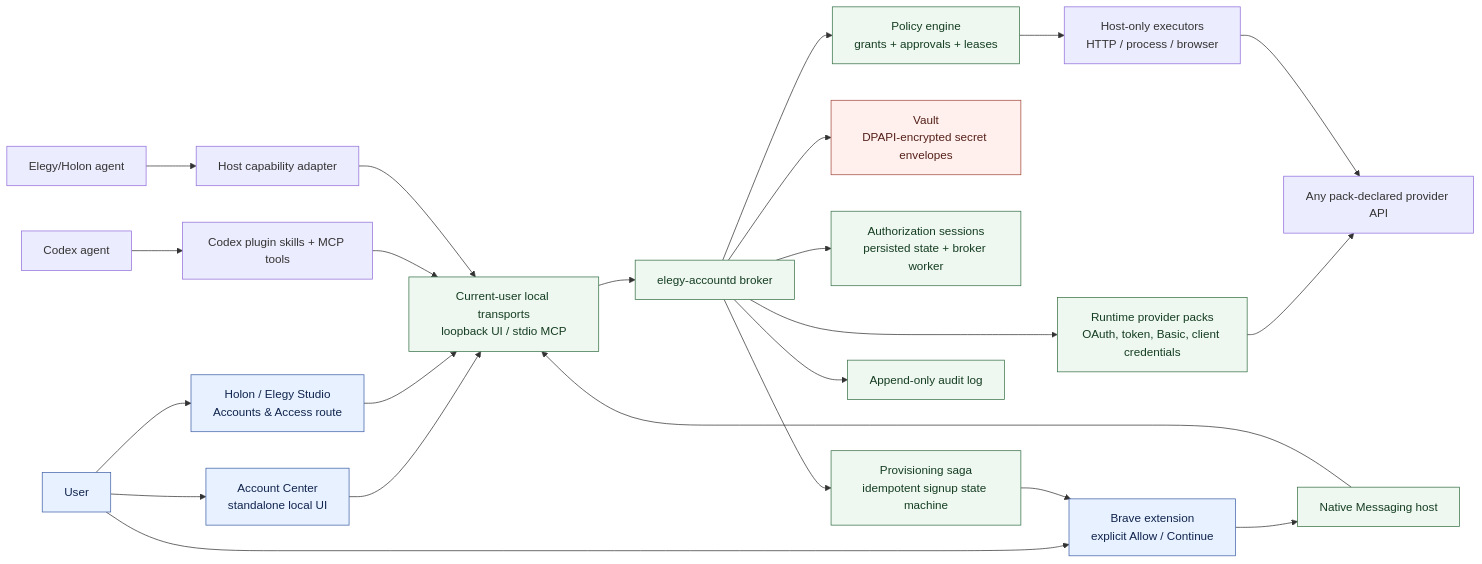
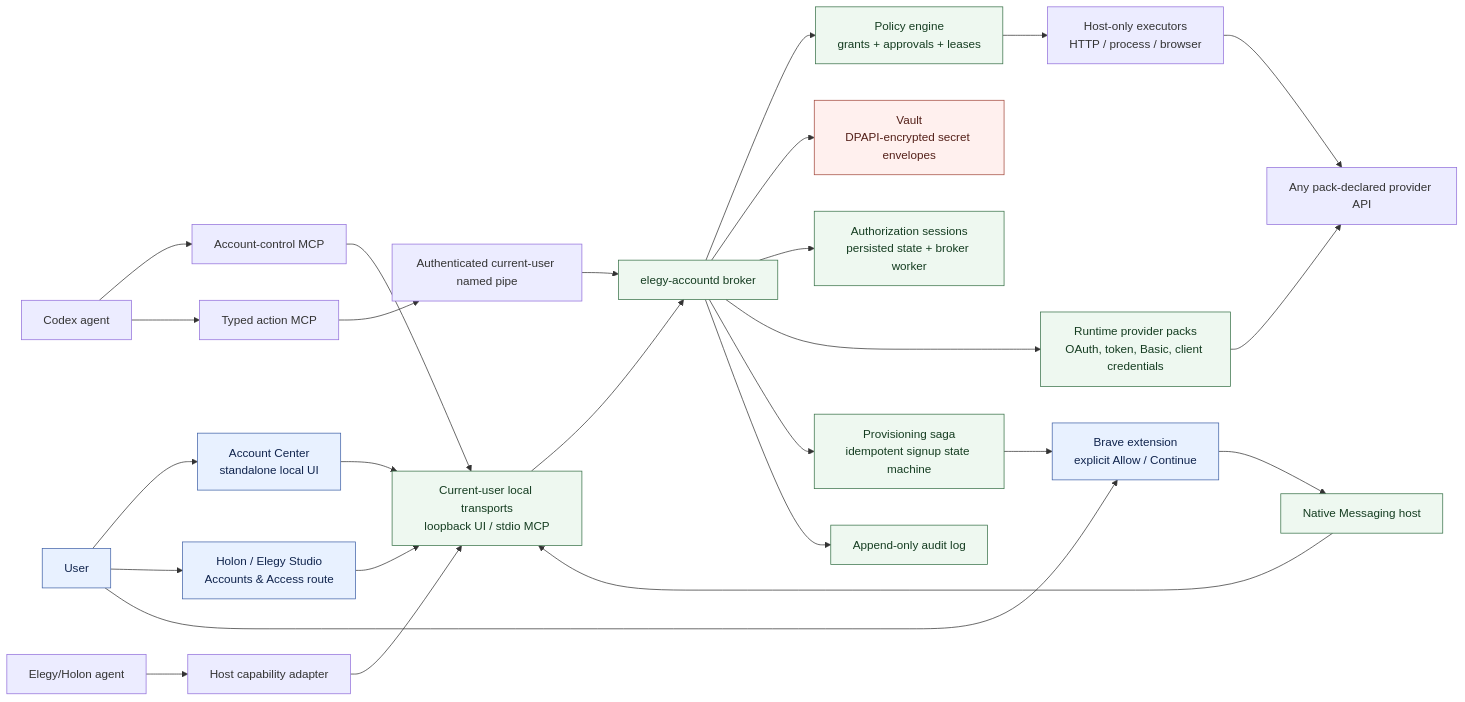
Before and after one commit to Sofreshx/Elegy: the first of 3 diagrams in plugins/accounts/docs/architecture.md, drawn with Mermaid. The commit also changed other lines of this file and 65 other files, not shown here.

````diff
--- a/plugins/accounts/docs/architecture.md
+++ b/plugins/accounts/docs/architecture.md
@@ -11,36 +11,39 @@
 ```mermaid
 flowchart LR
   U["User"] --> AC["Account Center\nstandalone local UI"]
   U --> ES["Holon / Elegy Studio\nAccounts & Access route"]
   U --> BX["Brave extension\nexplicit Allow / Continue"]
 
-  C["Codex agent"] --> CP["Codex plugin skills + MCP tools"]
+  C["Codex agent"] --> CP["Account-control MCP"]
+  C --> CA["Typed action MCP"]
   E["Elegy/Holon agent"] --> HC["Host capability adapter"]
 
   AC --> IPC["Current-user local transports\nloopback UI / stdio MCP"]
   ES --> IPC
   BX --> NM["Native Messaging host"]
   NM --> IPC
   CP --> IPC
+  CA --> PIPE["Authenticated current-user named pipe"]
+  PIPE --> B
   HC --> IPC
 
   IPC --> B["elegy-accountd broker"]
   B --> P["Policy engine\ngrants + approvals + leases"]
   B --> V["Vault\nDPAPI-encrypted secret envelopes"]
   B --> AS["Authorization sessions\npersisted state + broker worker"]
   B --> PR["Runtime provider packs\nOAuth, token, Basic, client credentials"]
   B --> S["Provisioning saga\nidempotent signup state machine"]
   B --> A["Append-only audit log"]
 
   PR --> API["Any pack-declared provider API"]
   S --> BX
   P --> HX["Host-only executors\nHTTP / process / browser"]
   HX --> API
 
   classDef human fill:#e8f1ff,stroke:#4263a8,color:#10244d;
   classDef trust fill:#eef8f0,stroke:#397249,color:#153d21;
   classDef secret fill:#fff0ee,stroke:#a34a3e,color:#542019;
   class U,AC,ES,BX human;
   class B,P,PR,S,A,AS,IPC,NM trust;
   class V secret;
 ```
````
